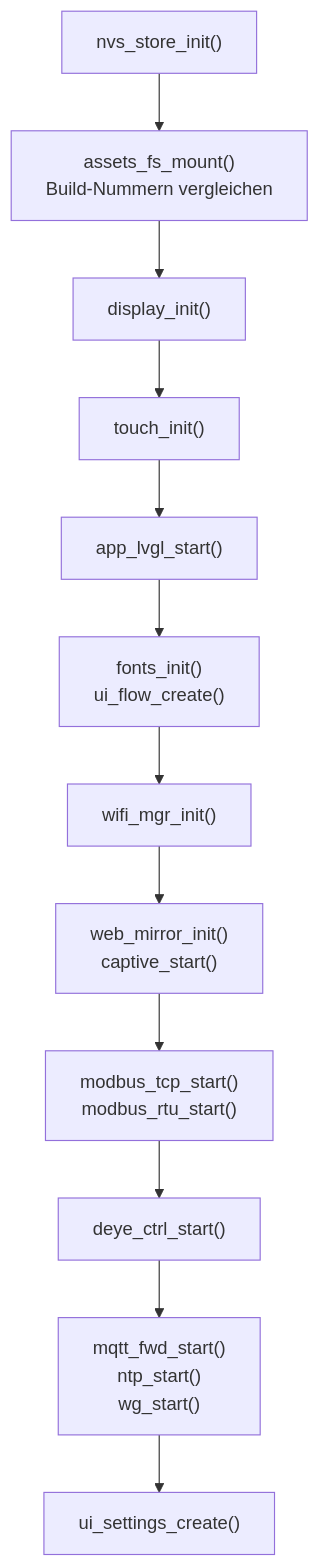
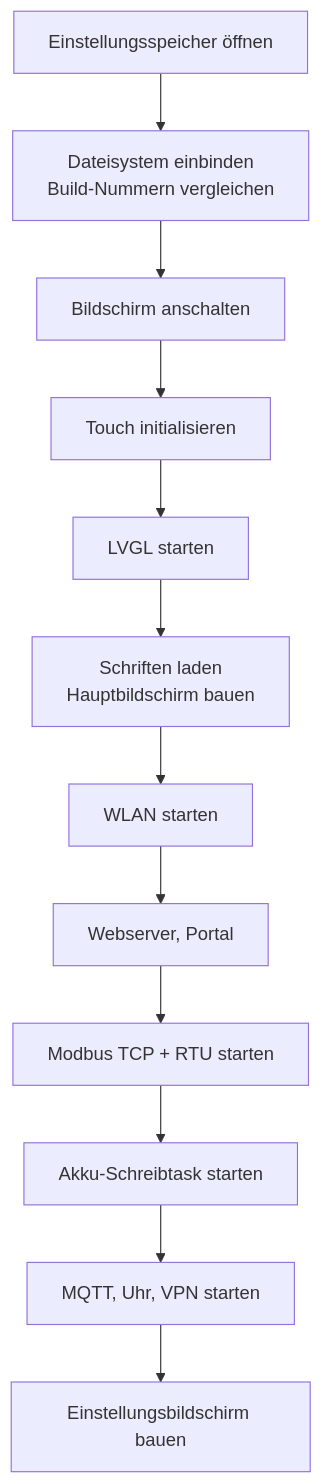
The diagram in wiki/Architektur.md (FMDHET/deye-inverter-display-esp32-p4), drawn with Mermaid before and after one commit. The commit also changed other lines of this file and 16 other files, not shown here.

````diff
--- a/wiki/Architektur.md
+++ b/wiki/Architektur.md
@@ -34,14 +38,14 @@
 ```mermaid
 flowchart TB
-    A["nvs_store_init()"] --> B["assets_fs_mount()<br/>Build-Nummern vergleichen"]
-    B --> C["display_init()"]
-    C --> D["touch_init()"]
-    D --> E["app_lvgl_start()"]
-    E --> F["fonts_init()<br/>ui_flow_create()"]
-    F --> G["wifi_mgr_init()"]
-    G --> H["web_mirror_init()<br/>captive_start()"]
-    H --> I["modbus_tcp_start()<br/>modbus_rtu_start()"]
-    I --> J["deye_ctrl_start()"]
-    J --> K["mqtt_fwd_start()<br/>ntp_start()<br/>wg_start()"]
-    K --> L["ui_settings_create()"]
+    A["Einstellungsspeicher öffnen"] --> B["Dateisystem einbinden<br/>Build-Nummern vergleichen"]
+    B --> C["Bildschirm anschalten"]
+    C --> D["Touch initialisieren"]
+    D --> E["LVGL starten"]
+    E --> F["Schriften laden<br/>Hauptbildschirm bauen"]
+    F --> G["WLAN starten"]
+    G --> H["Webserver, Portal"]
+    H --> I["Modbus TCP + RTU starten"]
+    I --> J["Akku-Schreibtask starten"]
+    J --> K["MQTT, Uhr, VPN starten"]
+    K --> L["Einstellungsbildschirm bauen"]
 ```
````
